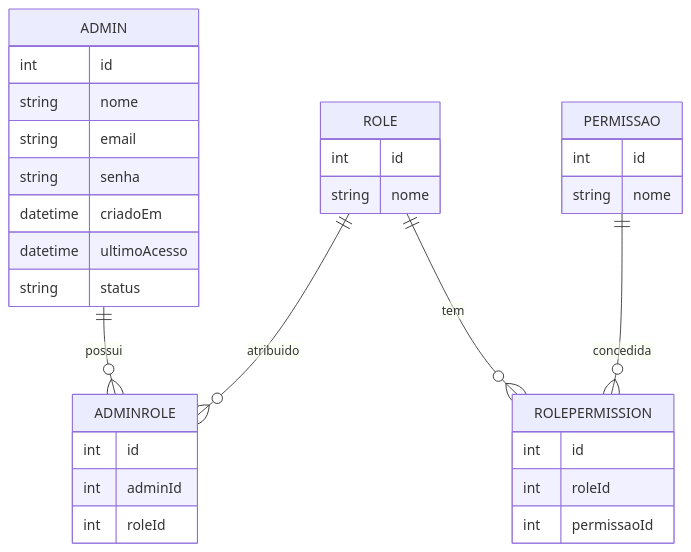
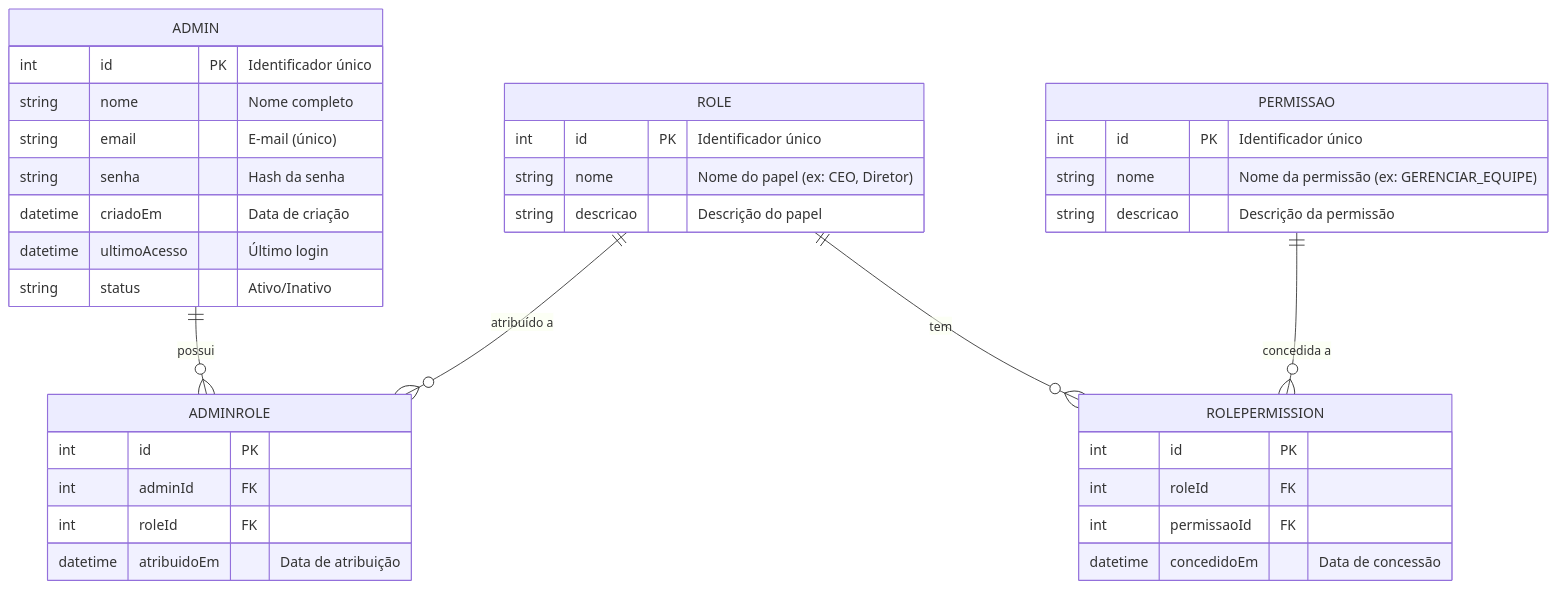
One commit to ronaldo227/serralheria-api changed the first of 2 diagrams in ANALISE_MODELAGEM.md. Above: the diagram before and after it, drawn with Mermaid.

Commit message:
docs(modelagem): aprimora diagrama ER com comentários, descrições e alinhamento RBAC

````diff
--- a/ANALISE_MODELAGEM.md
+++ b/ANALISE_MODELAGEM.md
@@ -86,35 +86,41 @@
 ```mermaid
 erDiagram
-  ADMIN ||--o{ ADMINROLE : possui
-  ROLE  ||--o{ ADMINROLE : atribuido
-  ROLE  ||--o{ ROLEPERMISSION : tem
-  PERMISSAO ||--o{ ROLEPERMISSION : concedida
+  %% Relações principais do RBAC
+  ADMIN ||--o{ ADMINROLE : "possui"
+  ROLE  ||--o{ ADMINROLE : "atribuído a"
+  ROLE  ||--o{ ROLEPERMISSION : "tem"
+  PERMISSAO ||--o{ ROLEPERMISSION : "concedida a"
 
+  %% Entidades
   ADMIN {
-    int id
-    string nome
-    string email
-    string senha
-    datetime criadoEm
-    datetime ultimoAcesso
-    string status
+    int id PK "Identificador único"
+    string nome "Nome completo"
+    string email "E-mail (único)"
+    string senha "Hash da senha"
+    datetime criadoEm "Data de criação"
+    datetime ultimoAcesso "Último login"
+    string status "Ativo/Inativo"
   }
   ROLE {
-    int id
-    string nome
+    int id PK "Identificador único"
+    string nome "Nome do papel (ex: CEO, Diretor)"
+    string descricao "Descrição do papel"
   }
   PERMISSAO {
-    int id
-    string nome
+    int id PK "Identificador único"
+    string nome "Nome da permissão (ex: GERENCIAR_EQUIPE)"
+    string descricao "Descrição da permissão"
   }
   ADMINROLE {
-    int id
-    int adminId
-    int roleId
+    int id PK
+    int adminId FK
+    int roleId FK
+    datetime atribuidoEm "Data de atribuição"
   }
   ROLEPERMISSION {
-    int id
-    int roleId
-    int permissaoId
+    int id PK
+    int roleId FK
+    int permissaoId FK
+    datetime concedidoEm "Data de concessão"
   }
 ```
````
